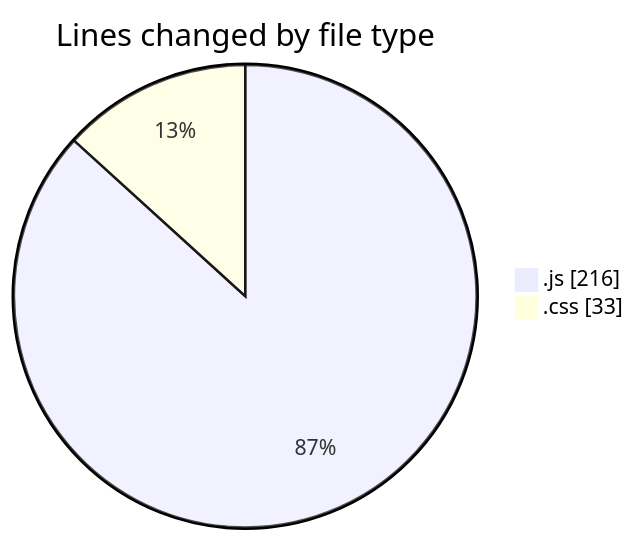
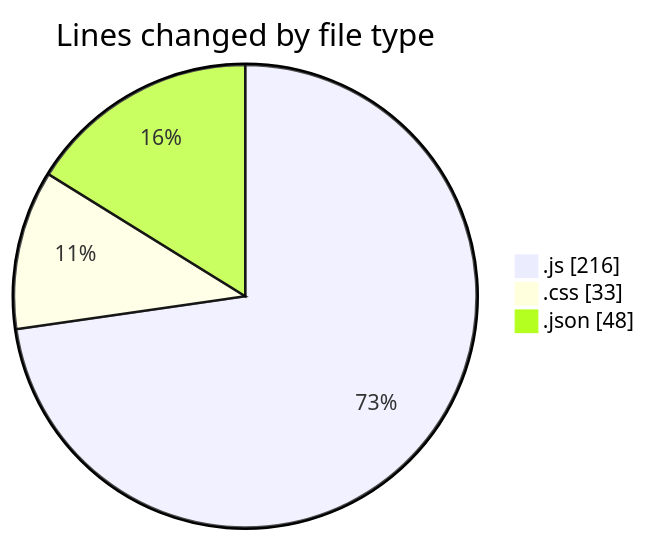
The first of 2 diagrams in 2025-07-18/mern-workoutboard/README.md (Ritupan-Deka/code-tracking), drawn with Mermaid before and after one commit. The commit also changed other lines of this file and 1 other file, not shown here.

````diff
--- a/2025-07-18/mern-workoutboard/README.md
+++ b/2025-07-18/mern-workoutboard/README.md
@@ -23,6 +24,7 @@
 ```mermaid
 pie showData
 title Lines changed by file type
 ".js" : 216
 ".css" : 33
+".json" : 48
 ```
````
